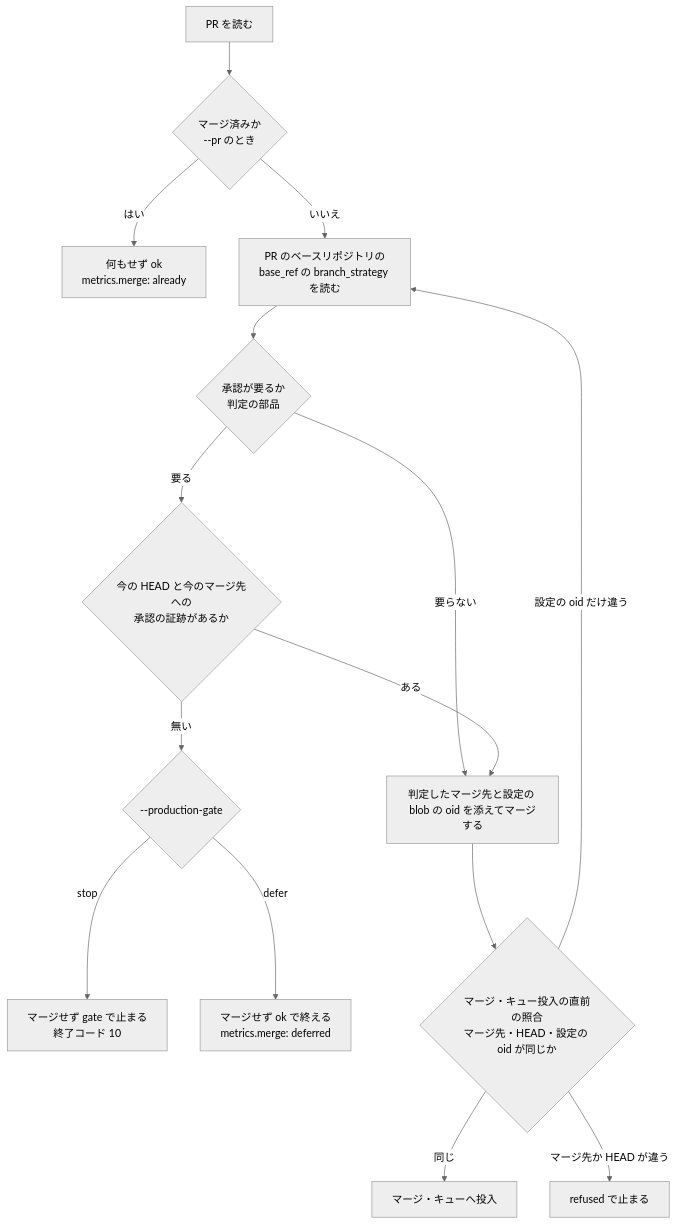
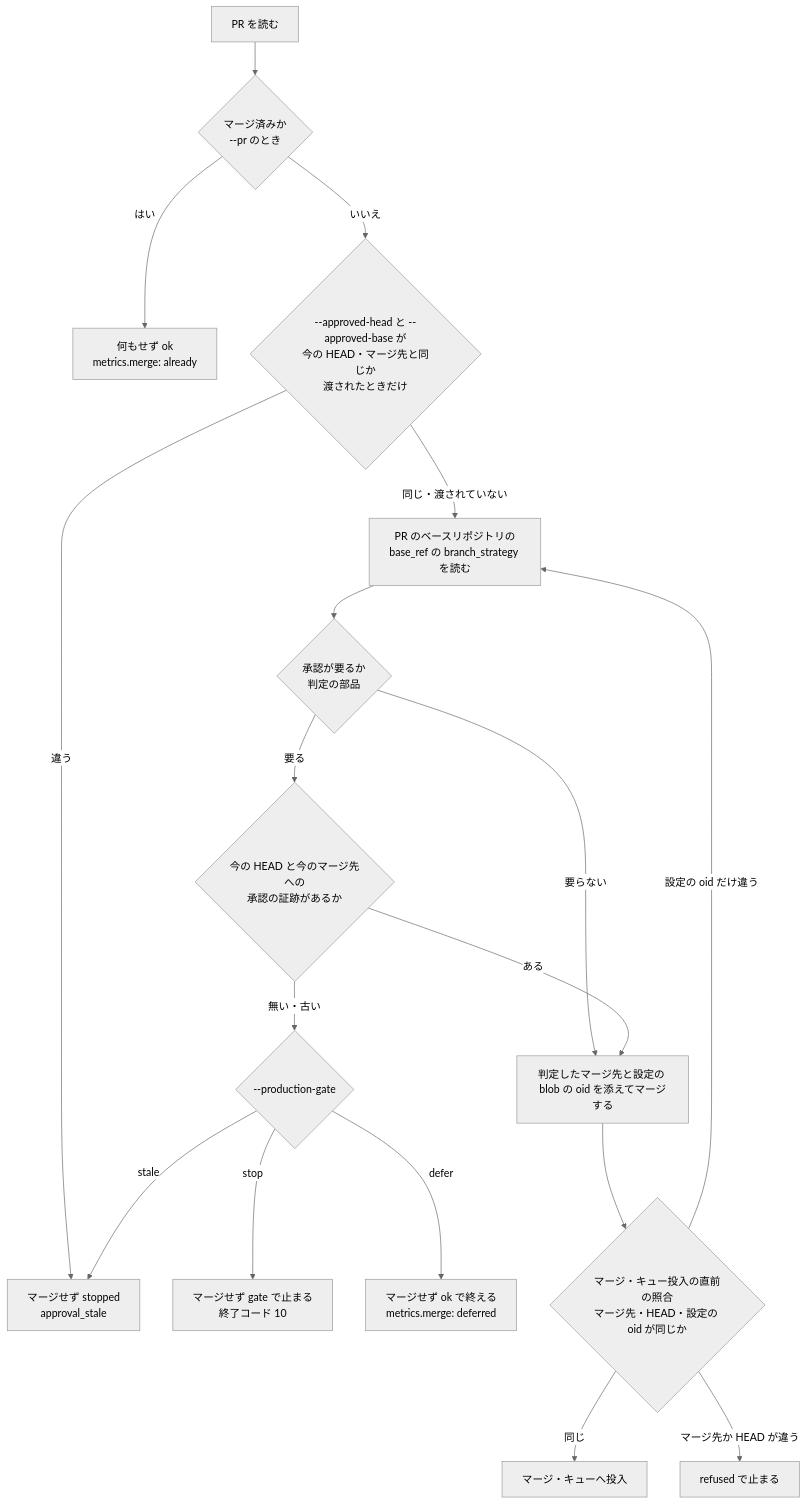
Before and after one commit to devbasex/ai-plugins: the fourth of 4 diagrams in issues/issue-4409-design.md, drawn with Mermaid (neutral theme). The commit also changed other lines of this file, not shown here.

````diff
--- a/issues/issue-4409-design.md
+++ b/issues/issue-4409-design.md
@@ -169,17 +181,20 @@
 ```mermaid
 graph TD
     A[PR を読む] --> A2{マージ済みか<br/>--pr のとき}
     A2 -->|はい| Z[何もせず ok<br/>metrics.merge: already]
-    A2 -->|いいえ| B[PR のベースリポジトリの<br/>base_ref の branch_strategy を読む]
+    A2 -->|いいえ| A3{--approved-head と --approved-base が<br/>今の HEAD・マージ先と同じか<br/>渡されたときだけ}
+    A3 -->|違う| S[マージせず stopped<br/>approval_stale]
+    A3 -->|同じ・渡されていない| B[PR のベースリポジトリの<br/>base_ref の branch_strategy を読む]
     B --> C{承認が要るか<br/>判定の部品}
     C -->|要らない| M[判定したマージ先と設定の blob の oid を添えてマージする]
     C -->|要る| D{今の HEAD と今のマージ先への<br/>承認の証跡があるか}
     D -->|ある| M
-    D -->|無い| E{--production-gate}
+    D -->|無い・古い| E{--production-gate}
     E -->|stop| G[マージせず gate で止まる<br/>終了コード 10]
     E -->|defer| F[マージせず ok で終える<br/>metrics.merge: deferred]
+    E -->|stale| S
     M --> H{マージ・キュー投入の直前の照合<br/>マージ先・HEAD・設定の oid が同じか}
     H -->|同じ| OK[マージ・キューへ投入]
     H -->|設定の oid だけ違う| B
     H -->|マージ先か HEAD が違う| R[refused で止まる]
 ```
````
